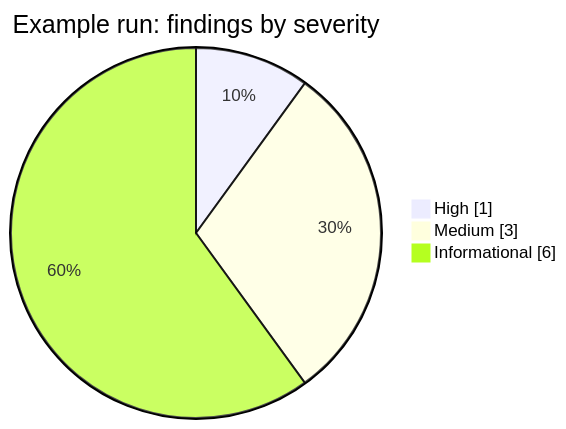
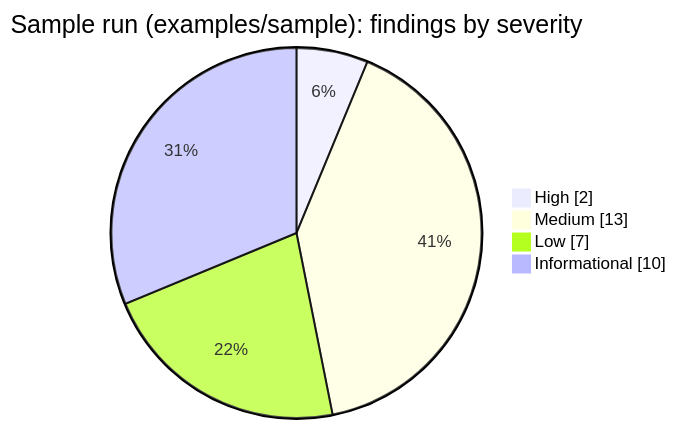
The second of 2 diagrams in docs/reports.md (Panacota96/rv-mailauth), drawn with Mermaid before and after one commit. The commit also changed other lines of this file and 101 other files, not shown here.

````diff
--- a/docs/reports.md
+++ b/docs/reports.md
@@ -49,7 +90,8 @@
 ```mermaid
 pie showData
-    title Example run: findings by severity
-    "High" : 1
-    "Medium" : 3
-    "Informational" : 6
+    title Sample run (examples/sample): findings by severity
+    "High" : 2
+    "Medium" : 13
+    "Low" : 7
+    "Informational" : 10
 ```
````
